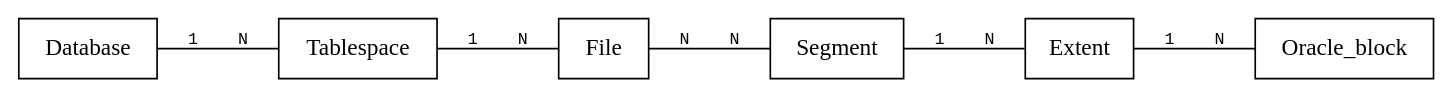
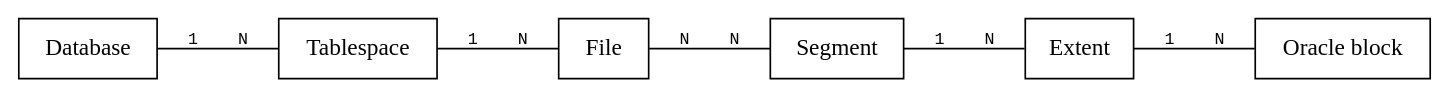
Before and after one commit to overdrive80/apuntes-clase: the diagram in sistemas-gestores-bbdd-asir2/apuntes/1/asgbd-1-usuarios-privilegios-roles.org, drawn with Graphviz. The commit also changed other lines of this file and 2 other files, not shown here.

```diff
--- a/sistemas-gestores-bbdd-asir2/apuntes/1/asgbd-1-usuarios-privilegios-roles.org
+++ b/sistemas-gestores-bbdd-asir2/apuntes/1/asgbd-1-usuarios-privilegios-roles.org
@@ -70,15 +73,15 @@
 #+begin_src dot :file ./media/conceptos-almacenamiento.svg :exports results :cmdline -Tsvg
 graph{
   //graph [nodesep=0.5, ranksep=0.5]
   node[ shape="box"]
   edge[fontname="courier", fontsize="10"]
   splines=true
   rankdir="LR"
 
   Database -- Tablespace [label="1    N"]
   Tablespace -- File[label="1    N"]
   File -- Segment [label="N    N"]
   Segment -- Extent [label="1    N"]
-  Extent -- Oracle_block [label="1    N"]
+  Extent -- "Oracle block" [label="1    N"]
 }
 #+end_src
```
